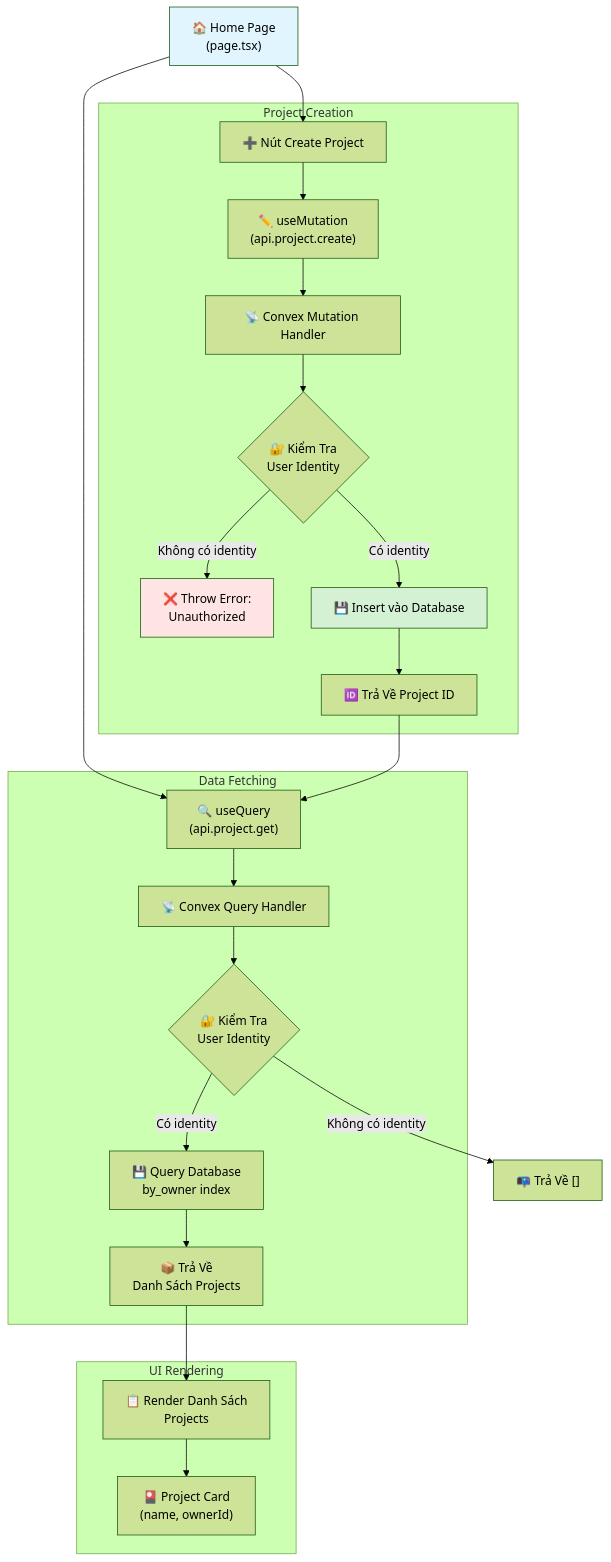
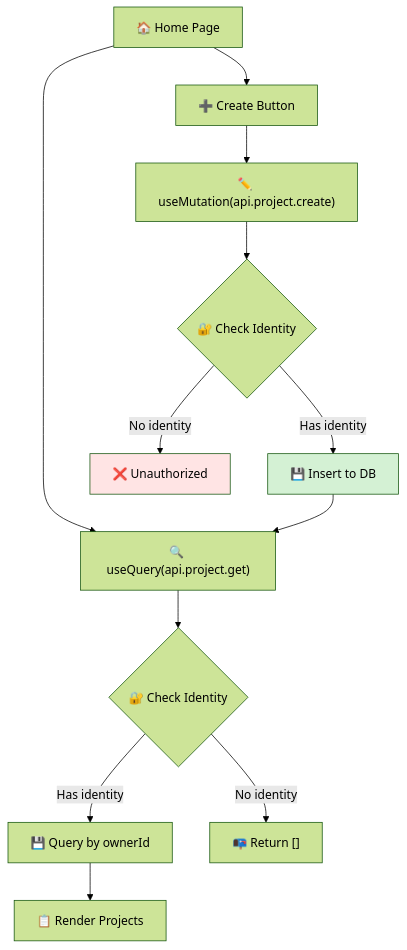
One commit to Code-with-Jok/v0-dev changed the third of 6 diagrams in docs/business-logic-mindmap.md. Above: the diagram before and after it, drawn with Mermaid (forest theme). The commit also changed other lines of this file and 10 other files, not shown here.

````diff
--- a/docs/business-logic-mindmap.md
+++ b/docs/business-logic-mindmap.md
@@ -114,50 +92,27 @@
 ```mermaid
 flowchart TD
-    HomePage["🏠 Home Page<br/>(page.tsx)"]
+    HomePage["🏠 Home Page"]
 
-    subgraph "Data Fetching"
-        UseQuery["🔍 useQuery<br/>(api.project.get)"]
-        ConvexQuery["📡 Convex Query Handler"]
-        CheckIdentity1{"🔐 Kiểm Tra<br/>User Identity"}
-        QueryDB["💾 Query Database<br/>by_owner index"]
-        ReturnProjects["📦 Trả Về<br/>Danh Sách Projects"]
-    end
+    UseQuery["🔍 useQuery(api.project.get)"]
+    CheckAuth1{"🔐 Check Identity"}
+    QueryDB["💾 Query by ownerId"]
+    RenderList["📋 Render Projects"]
 
-    subgraph "Project Creation"
-        CreateBtn["➕ Nút Create Project"]
-        UseMutation["✏️ useMutation<br/>(api.project.create)"]
-        ConvexMutation["📡 Convex Mutation Handler"]
-        CheckIdentity2{"🔐 Kiểm Tra<br/>User Identity"}
-        Unauthorized["❌ Throw Error:<br/>Unauthorized"]
-        InsertDB["💾 Insert vào Database"]
-        ReturnId["🆔 Trả Về Project ID"]
-    end
-
-    subgraph "UI Rendering"
-        RenderList["📋 Render Danh Sách<br/>Projects"]
-        ProjectCard["🎴 Project Card<br/>(name, ownerId)"]
-    end
+    CreateBtn["➕ Create Button"]
+    UseMutation["✏️ useMutation(api.project.create)"]
+    CheckAuth2{"🔐 Check Identity"}
+    InsertDB["💾 Insert to DB"]
 
     HomePage --> UseQuery
-    HomePage --> CreateBtn
+    UseQuery --> CheckAuth1
+    CheckAuth1 -->|No identity| ReturnEmpty["📭 Return []"]
+    CheckAuth1 -->|Has identity| QueryDB --> RenderList
 
-    UseQuery --> ConvexQuery
-    ConvexQuery --> CheckIdentity1
-    CheckIdentity1 -->|"Không có identity"| ReturnEmpty["📭 Trả Về []"]
-    CheckIdentity1 -->|"Có identity"| QueryDB
-    QueryDB --> ReturnProjects
-    ReturnProjects --> RenderList
-    RenderList --> ProjectCard
+    HomePage --> CreateBtn --> UseMutation
+    UseMutation --> CheckAuth2
+    CheckAuth2 -->|No identity| Error["❌ Unauthorized"]
+    CheckAuth2 -->|Has identity| InsertDB --> UseQuery
 
-    CreateBtn --> UseMutation
-    UseMutation --> ConvexMutation
-    ConvexMutation --> CheckIdentity2
-    CheckIdentity2 -->|"Không có identity"| Unauthorized
-    CheckIdentity2 -->|"Có identity"| InsertDB
-    InsertDB --> ReturnId
-    ReturnId --> UseQuery
-
-    style HomePage fill:#e1f5ff
     style InsertDB fill:#d4f1d4
-    style Unauthorized fill:#ffe4e4
+    style Error fill:#ffe4e4
 ```
````
